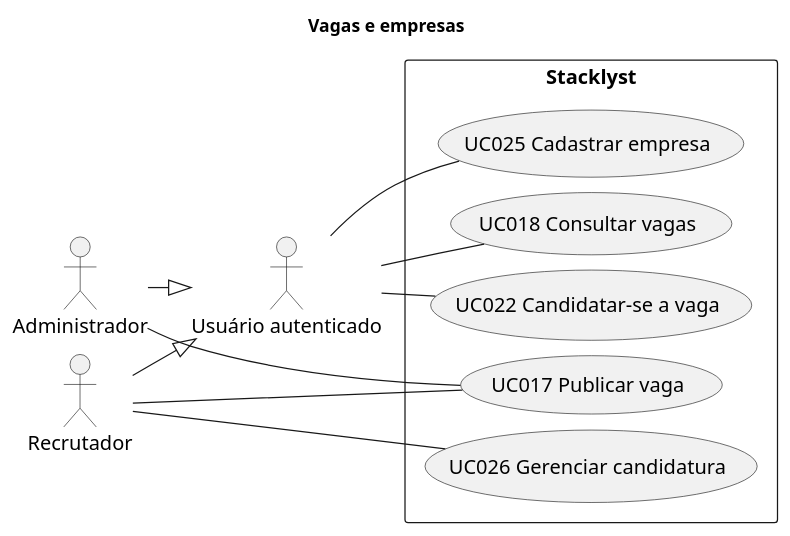
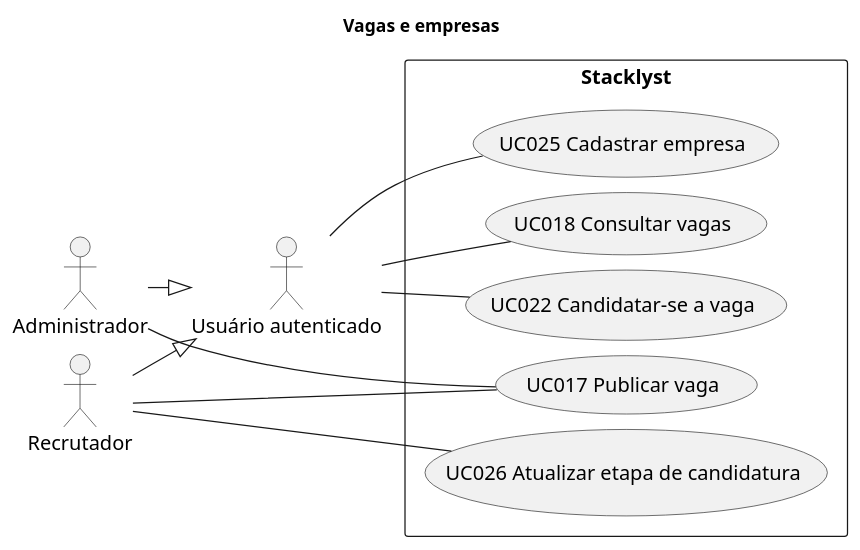
One commit to pedrotescaro/Stacklyst changed the diagram in docs/laboratorio-engenharia-software/diagramas/fontes/casos-recrutamento.puml. Above: the diagram before and after it, drawn with PlantUML. The commit also changed 11 other files, not shown here.

```diff
--- a/docs/laboratorio-engenharia-software/diagramas/fontes/casos-recrutamento.puml
+++ b/docs/laboratorio-engenharia-software/diagramas/fontes/casos-recrutamento.puml
@@ -1,28 +1,28 @@
 @startuml
 title Vagas e empresas
 left to right direction
 skinparam monochrome true
 skinparam shadowing false
 skinparam defaultFontName Arial
 skinparam defaultFontSize 16
 skinparam nodesep 12
 skinparam ranksep 35
 actor "Usuário autenticado" as Usuario
 actor Administrador
 actor Recrutador
 rectangle Stacklyst {
   usecase "UC017 Publicar vaga" as UC017
   usecase "UC018 Consultar vagas" as UC018
   usecase "UC022 Candidatar-se a vaga" as UC022
   usecase "UC025 Cadastrar empresa" as UC025
-  usecase "UC026 Gerenciar candidatura" as UC026
+  usecase "UC026 Atualizar etapa de candidatura" as UC026
 }
 Usuario -- UC018
 Usuario -- UC022
 Administrador -- UC017
 Recrutador -- UC017
 Usuario -- UC025
 Recrutador -- UC026
 Administrador --|> Usuario
 Recrutador --|> Usuario
 @enduml
```
